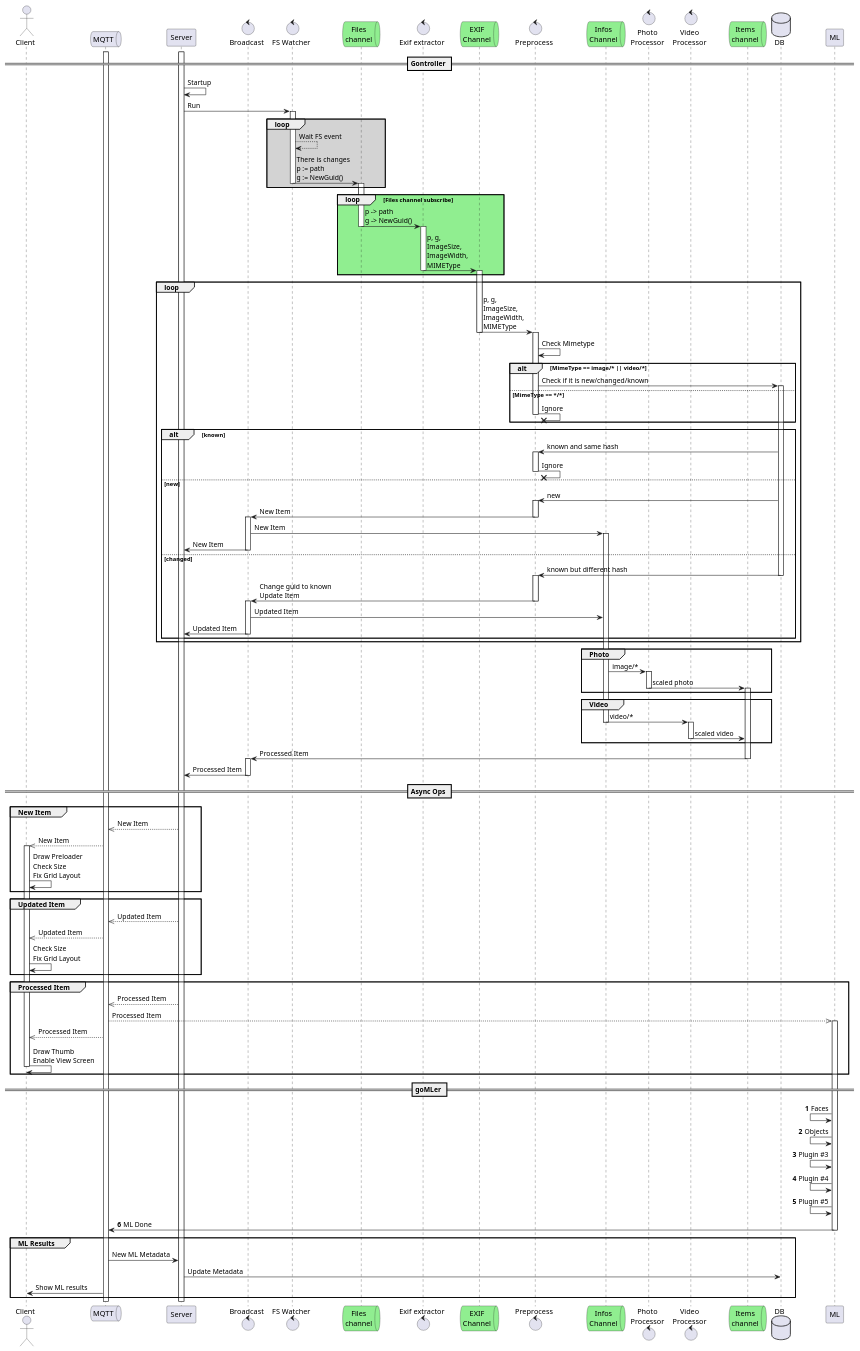
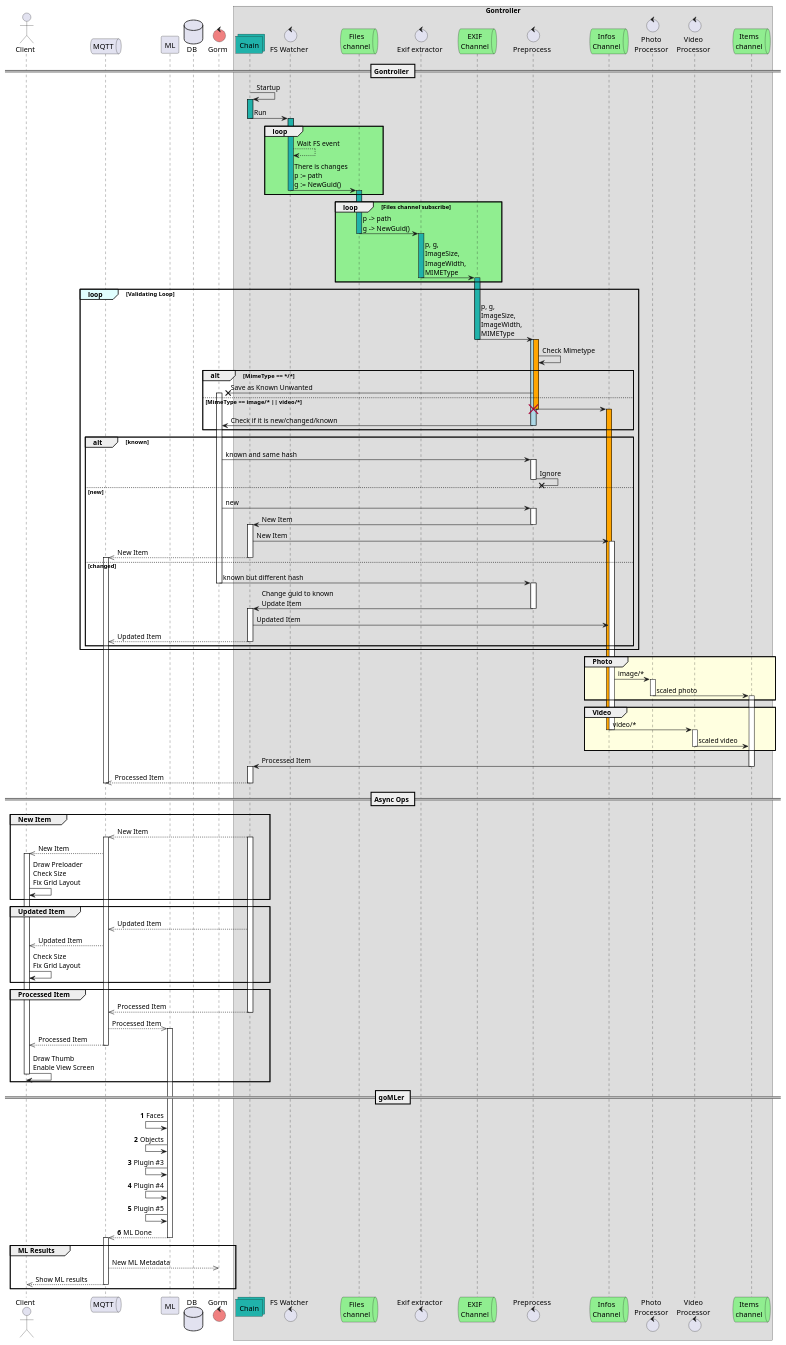
Before and after one commit to eggs-gd/Perceptrail: the diagram in _sb/Item flow.puml, drawn with PlantUML. The commit also changed 3 other files, not shown here.

```diff
--- a/_sb/Item flow.puml
+++ b/_sb/Item flow.puml
@@ -1,161 +1,176 @@
 @startuml Item Import Flow
 
 actor "Client" as Client
 queue "MQTT" as MQTT
+participant "ML" as ML
+database "DB" as DB
+control "Gorm" as Gorm #LightCoral
 
-participant "Server" as Server
-control "Broadcast" as Broadcast
+box "Gontroller"
+collections "Chain" as Chain #LightSeaGreen
 
 control "FS Watcher" as Watcher
 queue "Files\nchannel" as FilesCh #LightGreen
 
 control "Exif extractor" as EXIF
 queue "EXIF\nChannel" as ExifCh #LightGreen
 
 control "Preprocess" as Preprocessor
 
 queue "Infos\nChannel" as InfoCh #LightGreen
 
 control "Photo\nProcessor" as PhotoProcessor
 control "Video\nProcessor" as VideoProcessor
 queue "Items\nchannel" as ItemsCh #LightGreen
-
-database "DB" as DB
-participant "ML" as ML
+end box
 
 == Gontroller ==
-activate Server
-activate MQTT
-Server -> Server: Startup
-Server -> Watcher: Run
+Chain -> Chain: Startup
+activate Chain #LightSeaGreen
+Chain -> Watcher: Run
+deactivate Chain
 
-activate Watcher
-loop #LightGray
+activate Watcher #LightSeaGreen
+loop #LightGreen
     Watcher --> Watcher: Wait FS event
     Watcher -> FilesCh: There is changes\np := path\ng := NewGuid()
     deactivate Watcher
-    activate FilesCh
+    activate FilesCh #LightSeaGreen
     
 end
 
 loop #LightGreen Files channel subscribe 
     FilesCh -> EXIF: p -> path\ng -> NewGuid()
-    deactivate FilesCh
-    activate EXIF
+    deactivate FilesCh #LightSeaGreen
+    activate EXIF #LightSeaGreen
     EXIF -> ExifCh: p, g,\nImageSize,\nImageWidth,\nMIMEType
     deactivate EXIF
-    activate ExifCh
+    activate ExifCh #LightSeaGreen
 end
 
-loop
+loop#LightCyan Validating Loop
     ExifCh -> Preprocessor: p, g,\nImageSize,\nImageWidth,\nMIMEType
     deactivate ExifCh
-    activate Preprocessor
+    activate Preprocessor #LightBlue
+    activate Preprocessor #Orange
     
     Preprocessor -> Preprocessor: Check Mimetype
     
-    alt MimeType == image/* || video/*
-        Preprocessor -> DB: Check if it is new/changed/known
-        activate DB
+    alt MimeType == */*
+        Preprocessor ->x Gorm: Save as Known Unwanted
+        activate Gorm
 
         
-    else MimeType == */*
-        Preprocessor ->x Preprocessor: Ignore
+    else MimeType == image/* || video/*
+        Preprocessor -> InfoCh: 
+        destroy Preprocessor
+        activate InfoCh #Orange
+        Preprocessor -> Gorm: Check if it is new/changed/known
         deactivate Preprocessor
     end
 
     alt known
-        DB -> Preprocessor: known and same hash
+        Gorm -> Preprocessor: known and same hash
         activate Preprocessor
         Preprocessor ->x Preprocessor: Ignore
         deactivate Preprocessor
 
     else new
-        DB -> Preprocessor: new
+        Gorm -> Preprocessor: new
         activate Preprocessor
-        Preprocessor -> Broadcast: New Item
+        Preprocessor -> Chain: New Item
         deactivate Preprocessor
-        activate Broadcast
-        Broadcast -> InfoCh: New Item
+        activate Chain
+        Chain -> InfoCh: New Item
         activate InfoCh
-        Broadcast -> Server: New Item
-        deactivate Broadcast
+        Chain -->> MQTT: New Item
+        deactivate Chain
+        activate MQTT
 
     else changed
-        DB -> Preprocessor: known but different hash
-        deactivate DB
+        Gorm -> Preprocessor: known but different hash
+        deactivate Gorm
         activate Preprocessor
-        Preprocessor -> Broadcast: Change guid to known\nUpdate Item
+        Preprocessor -> Chain: Change guid to known\nUpdate Item
         deactivate Preprocessor
-        activate Broadcast
-        Broadcast -> InfoCh: Updated Item
-        Broadcast -> Server: Updated Item
-        deactivate Broadcast
+        activate Chain
+        Chain -> InfoCh: Updated Item
+        Chain -->> MQTT: Updated Item
+        deactivate Chain
 
     end
 end
 
-        group Photo
-            InfoCh -> PhotoProcessor: image/*
-            activate PhotoProcessor
-            PhotoProcessor -> ItemsCh: scaled photo
-            deactivate PhotoProcessor
-            activate ItemsCh
-        end
-        group Video
-            InfoCh -> VideoProcessor: video/*
-            deactivate InfoCh
-            activate VideoProcessor
-            VideoProcessor -> ItemsCh: scaled video
-            deactivate VideoProcessor
-        end
+group #LightYellow Photo
+    InfoCh -> PhotoProcessor: image/*
+    activate PhotoProcessor
+    PhotoProcessor -> ItemsCh: scaled photo
+    deactivate PhotoProcessor
+    activate ItemsCh
+end
+group #LightYellow Video
+    InfoCh -> VideoProcessor: video/*
+    deactivate InfoCh
+    deactivate InfoCh
+    activate VideoProcessor
+    VideoProcessor -> ItemsCh: scaled video
+    deactivate VideoProcessor
+end
 
-ItemsCh -> Broadcast: Processed Item
+ItemsCh -> Chain: Processed Item
 deactivate ItemsCh
-activate Broadcast
-Broadcast -> Server: Processed Item
-deactivate Broadcast
+activate Chain
+Chain -->> MQTT: Processed Item
+deactivate Chain
+deactivate MQTT
+
 
 == Async Ops ==
 group New Item
-    Server -->> MQTT: New Item
+    Chain -->> MQTT: New Item
+    activate MQTT
+    activate Chain
     MQTT -->> Client: New Item
     activate Client
     Client -> Client: Draw Preloader\nCheck Size\nFix Grid Layout
 end
 
 group Updated Item
-    Server -->> MQTT: Updated Item
+    Chain -->> MQTT: Updated Item
     MQTT -->> Client: Updated Item
     Client -> Client: Check Size\nFix Grid Layout
 end
 
 group Processed Item
-    Server -->> MQTT: Processed Item
+    Chain -->> MQTT: Processed Item
+    deactivate Chain
     MQTT -->> ML: Processed Item
     activate ML
 
     MQTT -->> Client: Processed Item
+    deactivate MQTT
     Client -> Client: Draw Thumb\nEnable View Screen
     deactivate Client
 end
 
 
 == goMLer ==
 autonumber
 ML <- ML: Faces
 ML <- ML: Objects
 ML <- ML: Plugin #3
 ML <- ML: Plugin #4
 ML <- ML: Plugin #5
-ML -> MQTT: ML Done
+ML -->> MQTT: ML Done
 deactivate ML
+activate MQTT
 autonumber stop
 
 group ML Results
-MQTT -> Server: New ML Metadata
-Server -> DB: Update Metadata
-MQTT -> Client: Show ML results
+MQTT -->> Gorm: New ML Metadata
+MQTT -->> Client: Show ML results
+deactivate MQTT
+
 end
 
 @enduml
```
